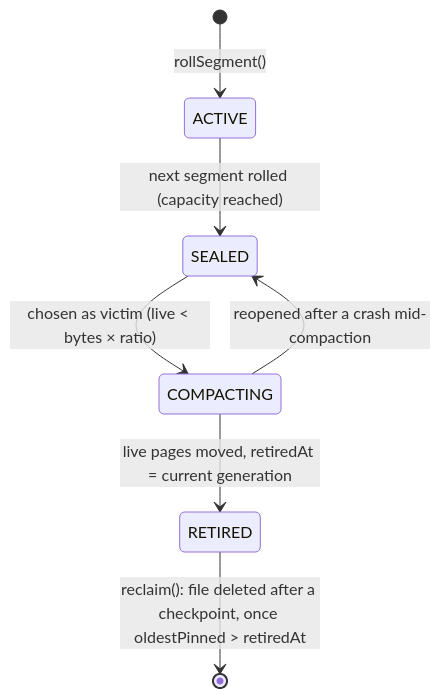
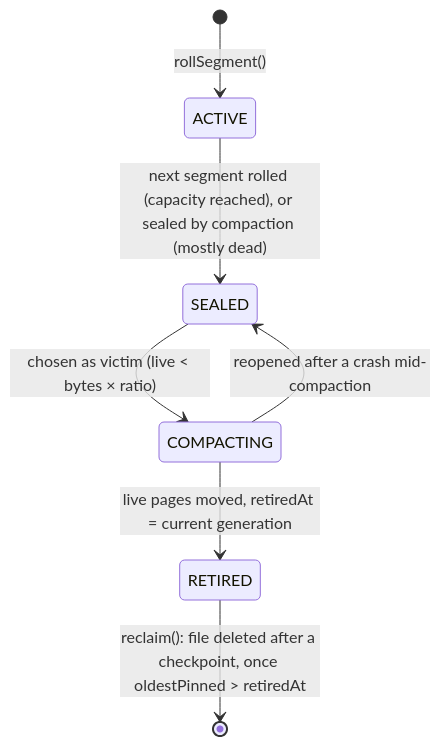
One commit to Ujjwaljain16/hypergraph changed the diagram in docs/storage/maintenance.md. Above: the diagram before and after it, drawn with Mermaid. The commit also changed other lines of this file and 12 other files, not shown here.

````diff
--- a/docs/storage/maintenance.md
+++ b/docs/storage/maintenance.md
@@ -74,9 +89,9 @@
 ```mermaid
 stateDiagram-v2
     [*] --> ACTIVE: rollSegment()
-    ACTIVE --> SEALED: next segment rolled (capacity reached)
+    ACTIVE --> SEALED: next segment rolled (capacity reached), or sealed by compaction (mostly dead)
     SEALED --> COMPACTING: chosen as victim (live < bytes × ratio)
     COMPACTING --> SEALED: reopened after a crash mid-compaction
     COMPACTING --> RETIRED: live pages moved, retiredAt = current generation
     RETIRED --> [*]: reclaim(): file deleted after a checkpoint, once oldestPinned > retiredAt
 ```
````
